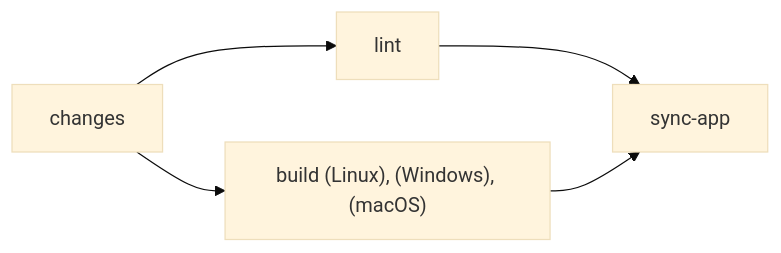
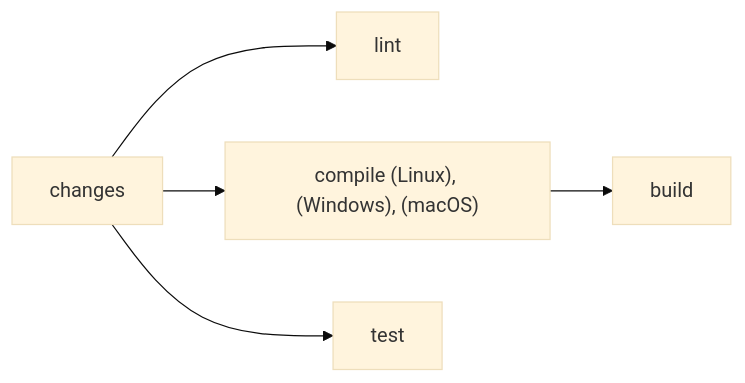
The second of 3 diagrams in docs/infrastructure/pipelines.md (SoltuneMontepre/medilab), drawn with Mermaid (base theme) before and after one commit. The commit also changed other lines of this file and 1 other file, not shown here.

Commit message:
[ci] Split ci-sync-app into lint, build and test

````diff
--- a/docs/infrastructure/pipelines.md
+++ b/docs/infrastructure/pipelines.md
@@ -66,5 +66,6 @@
 ```mermaid
 flowchart LR
-    changes --> lint --> sync-app
-    changes --> build["build (Linux), (Windows), (macOS)"] --> sync-app
+    changes --> lint
+    changes --> compile["compile (Linux), (Windows), (macOS)"] --> build
+    changes --> test
 ```
````
